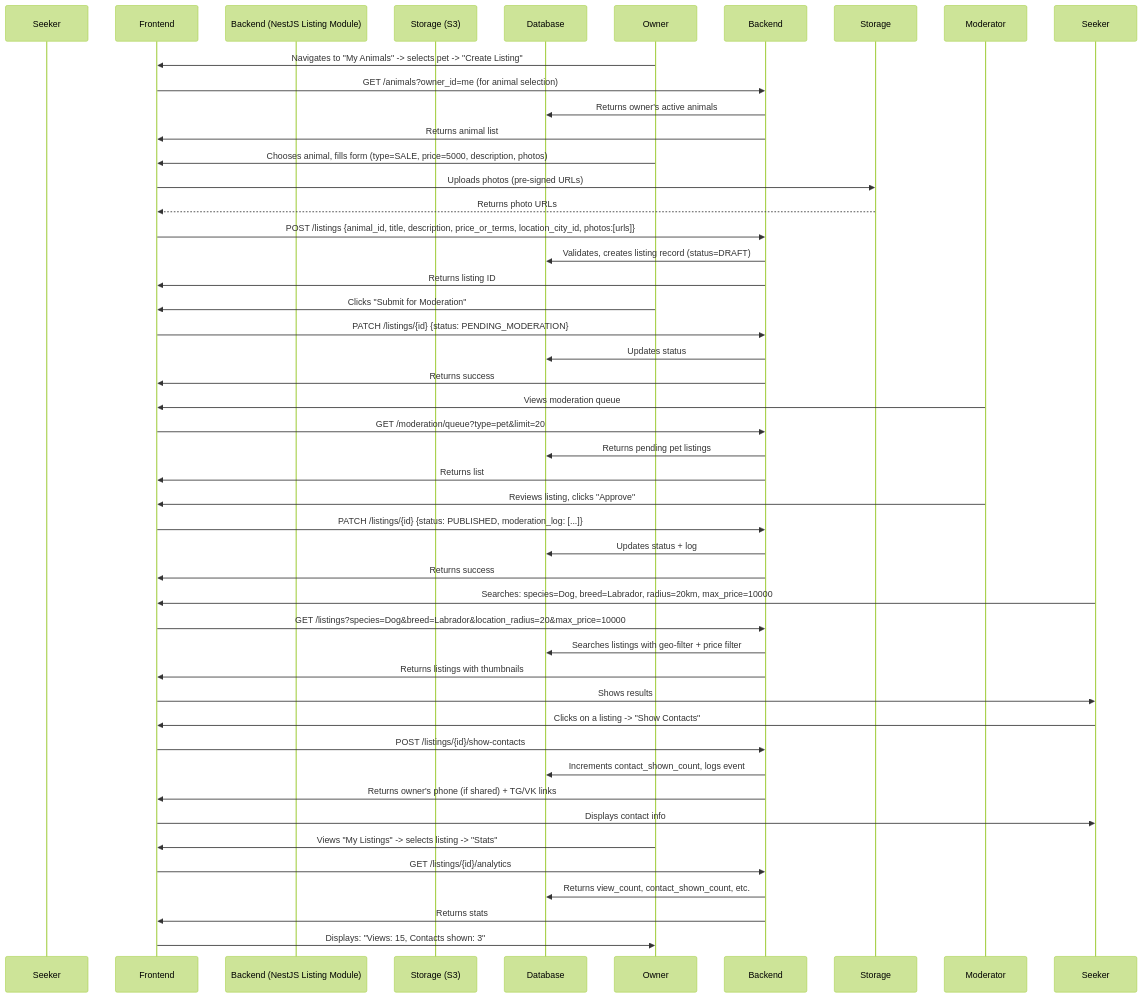
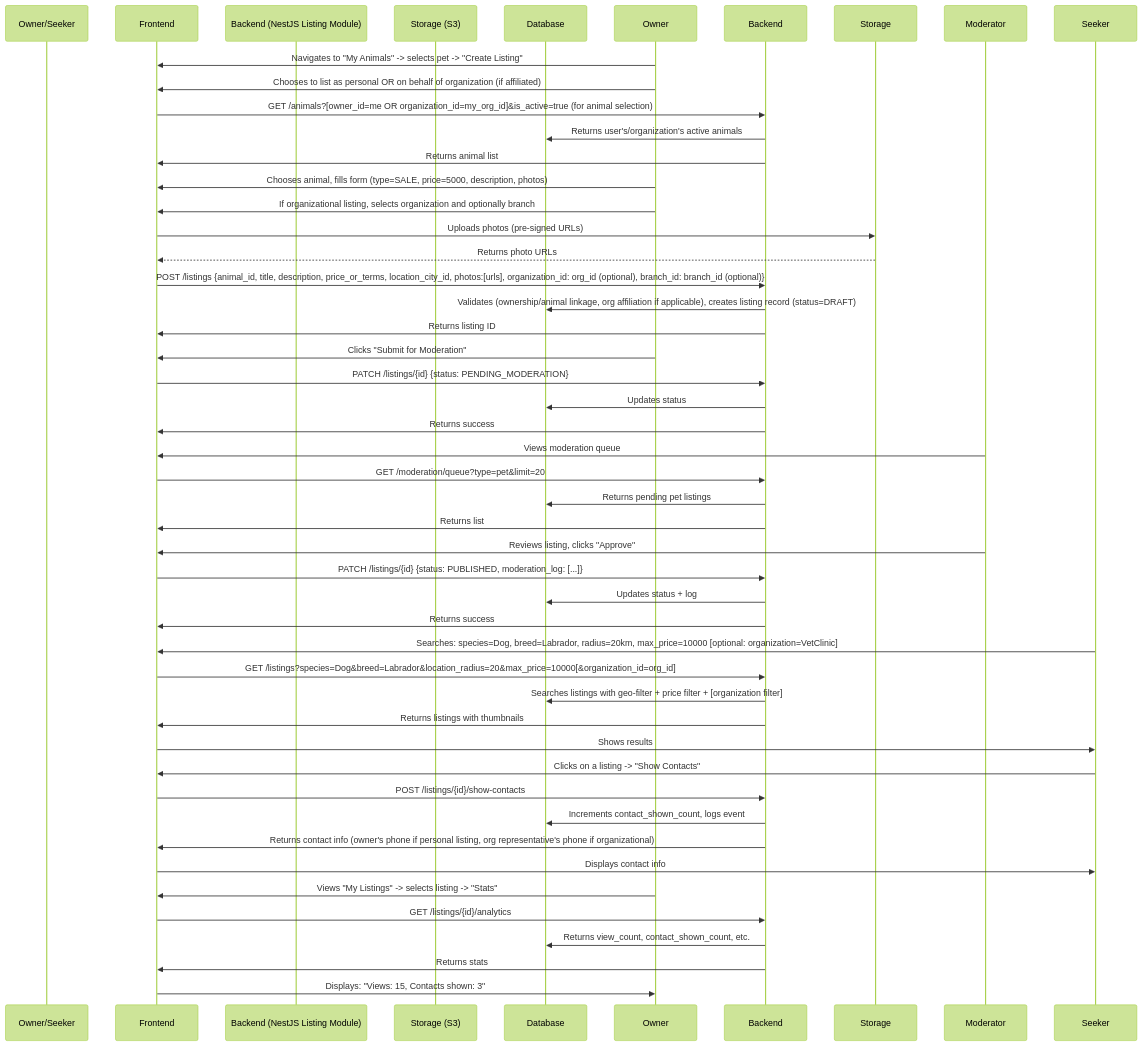
One commit to Aleksandr-Sulimenko/ZooLink changed the diagram in docs/02-requirements/business-requirements/pet-marketplace.md. Above: the diagram before and after it, drawn with Mermaid (forest theme). The commit also changed other lines of this file and 10 other files, not shown here.

First line of the commit message:
docs: add organization/branch modeling and update related documentation

````diff
--- a/docs/02-requirements/business-requirements/pet-marketplace.md
+++ b/docs/02-requirements/business-requirements/pet-marketplace.md
@@ -178,58 +196,59 @@
 ```mermaid
 sequenceDiagram
-    participant User as Owner
-    participant User as Seeker
+    participant User as Owner/Seeker
     participant Frontend
     participant Backend (NestJS Listing Module)
     participant Storage (S3)
     participant Database
 
     %% Owner creates listing
     Owner->>Frontend: Navigates to "My Animals" -> selects pet -> "Create Listing"
-    Frontend->>Backend: GET /animals?owner_id=me (for animal selection)
-    Backend->>Database: Returns owner's active animals
+    Owner->>Frontend: Chooses to list as personal OR on behalf of organization (if affiliated)
+    Frontend->>Backend: GET /animals?[owner_id=me OR organization_id=my_org_id]&is_active=true (for animal selection)
+    Backend->>Database: Returns user's/organization's active animals
     Backend->>Frontend: Returns animal list
 
     Owner->>Frontend: Chooses animal, fills form (type=SALE, price=5000, description, photos)
+    Owner->>Frontend: If organizational listing, selects organization and optionally branch
     Frontend->>Storage: Uploads photos (pre-signed URLs)
     Storage-->>Frontend: Returns photo URLs
-    Frontend->>Backend: POST /listings {animal_id, title, description, price_or_terms, location_city_id, photos:[urls]}
-    Backend->>Database: Validates, creates listing record (status=DRAFT)
+    Frontend->>Backend: POST /listings {animal_id, title, description, price_or_terms, location_city_id, photos:[urls], organization_id: org_id (optional), branch_id: branch_id (optional)}
+    Backend->>Database: Validates (ownership/animal linkage, org affiliation if applicable), creates listing record (status=DRAFT)
     Backend->>Frontend: Returns listing ID
 
     Owner->>Frontend: Clicks "Submit for Moderation"
     Frontend->>Backend: PATCH /listings/{id} {status: PENDING_MODERATION}
     Backend->>Database: Updates status
     Backend->>Frontend: Returns success
 
     %% Moderation (simplified)
     Moderator->>Frontend: Views moderation queue
     Frontend->>Backend: GET /moderation/queue?type=pet&limit=20
     Backend->>Database: Returns pending pet listings
     Backend->>Frontend: Returns list
 
     Moderator->>Frontend: Reviews listing, clicks "Approve"
     Frontend->>Backend: PATCH /listings/{id} {status: PUBLISHED, moderation_log: [...]}
     Backend->>Database: Updates status + log
     Backend->>Frontend: Returns success
 
     %% Seeker finds listing
-    Seeker->>Frontend: Searches: species=Dog, breed=Labrador, radius=20km, max_price=10000
-    Frontend->>Backend: GET /listings?species=Dog&breed=Labrador&location_radius=20&max_price=10000
-    Backend->>Database: Searches listings with geo-filter + price filter
+    Seeker->>Frontend: Searches: species=Dog, breed=Labrador, radius=20km, max_price=10000 [optional: organization=VetClinic]
+    Frontend->>Backend: GET /listings?species=Dog&breed=Labrador&location_radius=20&max_price=10000[&organization_id=org_id]
+    Backend->>Database: Searches listings with geo-filter + price filter + [organization filter]
     Backend->>Frontend: Returns listings with thumbnails
     Frontend->>Seeker: Shows results
 
     Seeker->>Frontend: Clicks on a listing -> "Show Contacts"
     Frontend->>Backend: POST /listings/{id}/show-contacts
     Backend->>Database: Increments contact_shown_count, logs event
-    Backend->>Frontend: Returns owner's phone (if shared) + TG/VK links
+    Backend->>Frontend: Returns contact info (owner's phone if personal listing, org representative's phone if organizational)
     Frontend->>Seeker: Displays contact info
 
-    %% Owner sees analytics
+    %% Owner/Rep sees analytics
     Owner->>Frontend: Views "My Listings" -> selects listing -> "Stats"
     Frontend->>Backend: GET /listings/{id}/analytics
     Backend->>Database: Returns view_count, contact_shown_count, etc.
     Backend->>Frontend: Returns stats
     Frontend->>Owner: Displays: "Views: 15, Contacts shown: 3"
 ```
````
